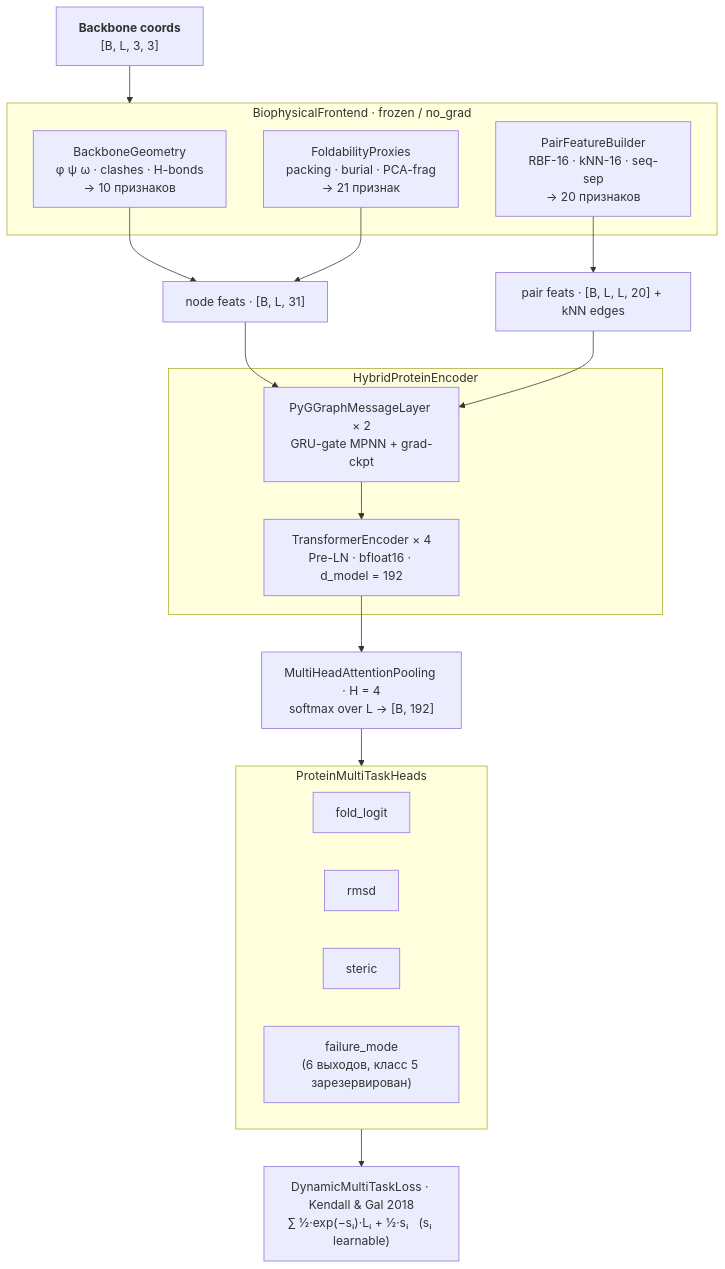
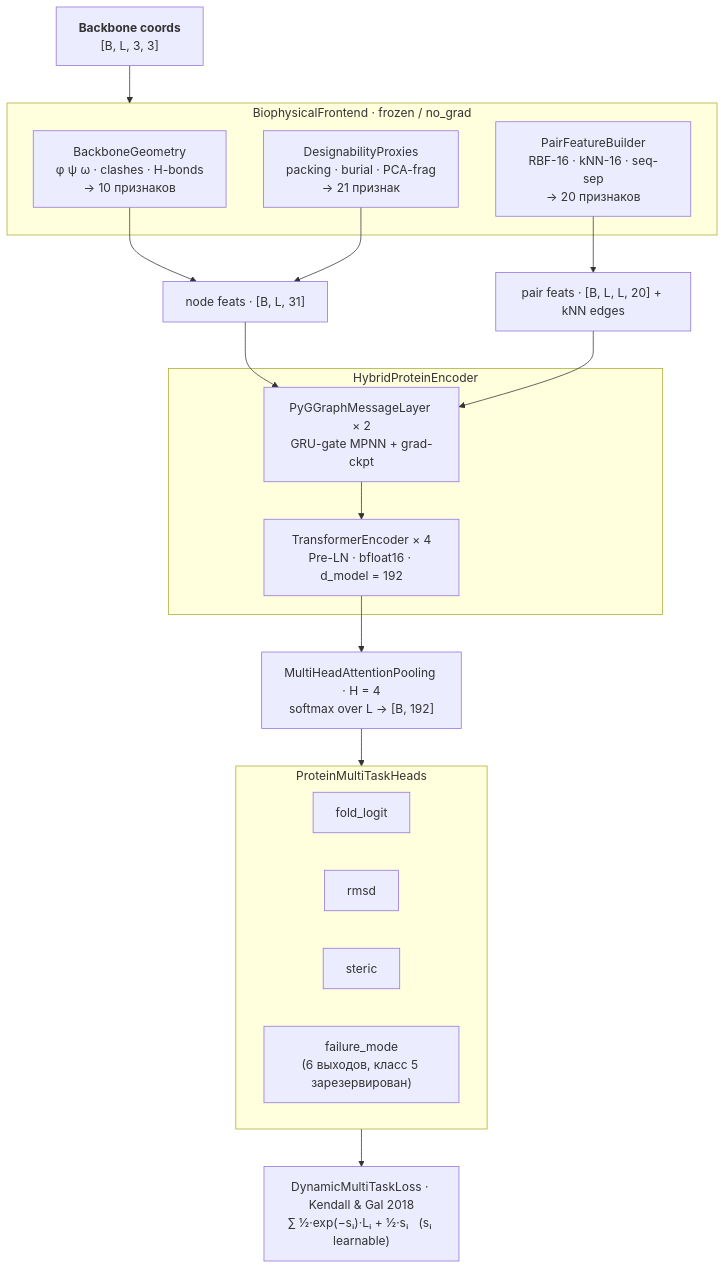
The diagram in README.md (daghotur/bbvalidator), drawn with Mermaid before and after one commit. The commit also changed other lines of this file and 10 other files, not shown here.

Commit message:
rename foldability to designability

````diff
--- a/README.md
+++ b/README.md
@@ -13,40 +13,40 @@
 ```mermaid
 flowchart TD
     INPUT["<b>Backbone coords</b><br/>[B, L, 3, 3]"]
 
     subgraph FRONTEND["BiophysicalFrontend · frozen / no_grad"]
         GEO["BackboneGeometry<br/>φ ψ ω · clashes · H-bonds<br/>→ 10 признаков"]
-        FOLD["FoldabilityProxies<br/>packing · burial · PCA-frag<br/>→ 21 признак"]
+        FOLD["DesignabilityProxies<br/>packing · burial · PCA-frag<br/>→ 21 признак"]
         PAIR["PairFeatureBuilder<br/>RBF-16 · kNN-16 · seq-sep<br/>→ 20 признаков"]
     end
 
     NODE["node feats · [B, L, 31]"]
     PAIR_FEATS["pair feats · [B, L, L, 20] + kNN edges"]
 
     subgraph ENCODER["HybridProteinEncoder"]
         MPNN["PyGGraphMessageLayer × 2<br/>GRU-gate MPNN + grad-ckpt"]
         TRANSFORMER["TransformerEncoder × 4<br/>Pre-LN · bfloat16 · d_model = 192"]
     end
 
     POOL["MultiHeadAttentionPooling · H = 4<br/>softmax over L → [B, 192]"]
 
     subgraph HEADS["ProteinMultiTaskHeads"]
         H1["fold_logit"]
         H2["rmsd"]
         H3["steric"]
         H4["failure_mode<br/>(6 выходов, класс 5 зарезервирован)"]
     end
 
     LOSS["DynamicMultiTaskLoss · Kendall & Gal 2018<br/>∑ ½·exp(−sᵢ)·Lᵢ + ½·sᵢ   (sᵢ learnable)"]
 
     INPUT --> FRONTEND
     GEO --> NODE
     FOLD --> NODE
     PAIR --> PAIR_FEATS
     NODE --> MPNN
     PAIR_FEATS --> MPNN
     MPNN --> TRANSFORMER
     TRANSFORMER --> POOL
     POOL --> HEADS
     HEADS --> LOSS
 ```
````
